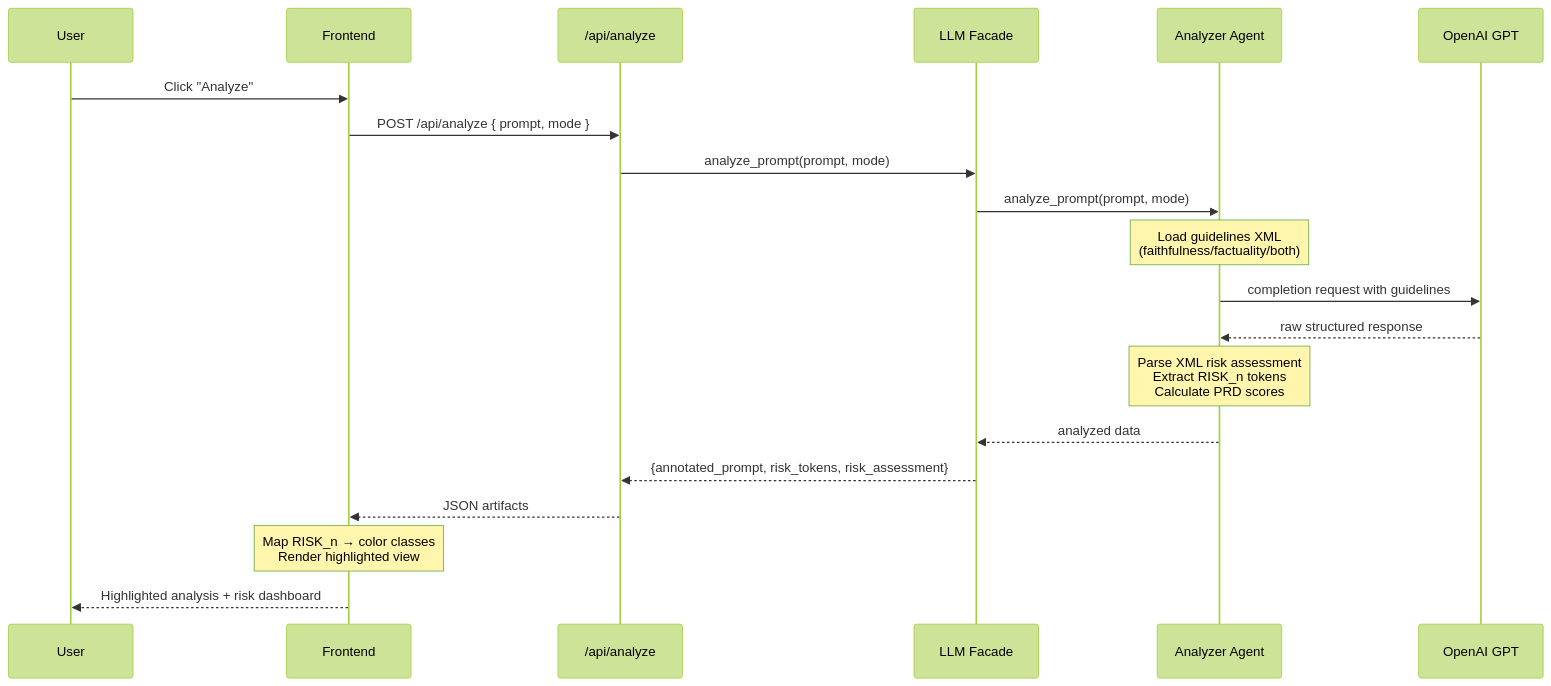
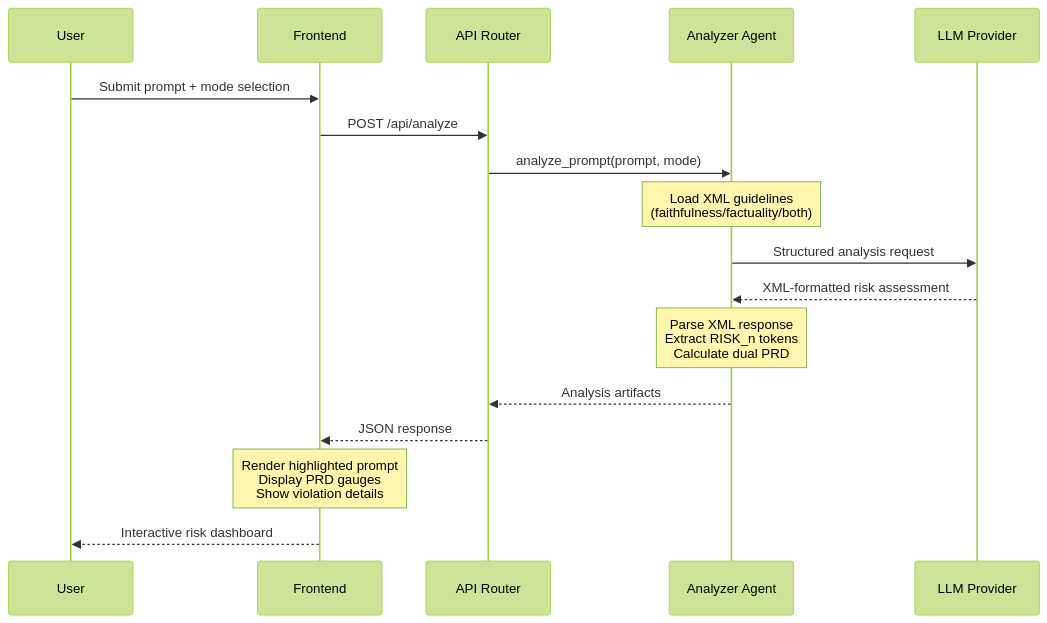
Before and after one commit to MoNejjar/echo-hallucination-detect: the second of 3 diagrams in docs/architecture.md, drawn with Mermaid (forest theme). The commit also changed other lines of this file and 12 other files, not shown here.

Commit message:
redesign of the diagrams and incorporation of the evaluation results into the notebook

````diff
--- a/docs/architecture.md
+++ b/docs/architecture.md
@@ -111,30 +323,26 @@
 ```mermaid
-%% (Inline copy – edit the .mmd source for changes.)
 sequenceDiagram
-  participant U as User
-  participant FE as Frontend
-  participant Route as /api/analyze
-  participant Facade as LLM Facade
-  participant Analyzer as Analyzer Agent
-  participant MODEL as OpenAI GPT
-
-  U->>FE: Click "Analyze"
-  FE->>Route: POST /api/analyze { prompt, mode }
-  Route->>Facade: analyze_prompt(prompt, mode)
-  Facade->>Analyzer: analyze_prompt(prompt, mode)
-  
-  Note over Analyzer: Load guidelines XML<br/>(faithfulness/factuality/both)
-  
-  Analyzer->>MODEL: completion request with guidelines
-  MODEL-->>Analyzer: raw structured response
-  
-  Note over Analyzer: Parse XML risk assessment<br/>Extract RISK_n tokens<br/>Calculate PRD scores
-  
-  Analyzer-->>Facade: analyzed data
-  Facade-->>Route: {annotated_prompt, risk_tokens, risk_assessment}
-  Route-->>FE: JSON artifacts
-  
-  Note over FE: Map RISK_n → color classes<br/>Render highlighted view
-  
-  FE-->>U: Highlighted analysis + risk dashboard
+    participant U as User
+    participant FE as Frontend
+    participant API as API Router
+    participant AA as Analyzer Agent
+    participant LLM as LLM Provider
+    
+    U->>FE: Submit prompt + mode selection
+    FE->>API: POST /api/analyze
+    API->>AA: analyze_prompt(prompt, mode)
+    
+    Note over AA: Load XML guidelines<br/>(faithfulness/factuality/both)
+    
+    AA->>LLM: Structured analysis request
+    LLM-->>AA: XML-formatted risk assessment
+    
+    Note over AA: Parse XML response<br/>Extract RISK_n tokens<br/>Calculate dual PRD
+    
+    AA-->>API: Analysis artifacts
+    API-->>FE: JSON response
+    
+    Note over FE: Render highlighted prompt<br/>Display PRD gauges<br/>Show violation details
+    
+    FE-->>U: Interactive risk dashboard
 ```
````
